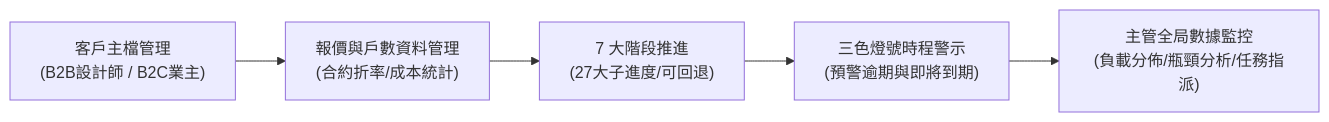
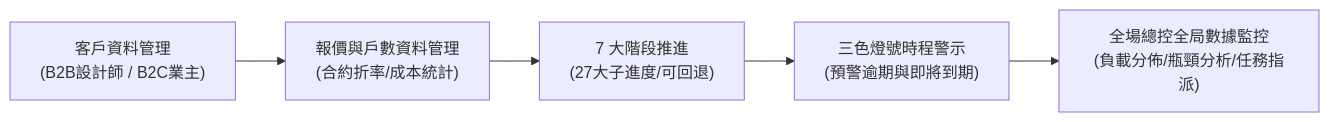
The diagram in docs/平台介紹_向總公司主管簡報報告.md (rwcabinet-lab/RW_CabSalesProject), drawn with Mermaid before and after one commit. The commit also changed other lines of this file and 25 other files, not shown here.

````diff
--- a/docs/平台介紹_向總公司主管簡報報告.md
+++ b/docs/平台介紹_向總公司主管簡報報告.md
@@ -31,7 +31,7 @@
 ```mermaid
 flowchart LR
-    A["客戶主檔管理<br/>(B2B設計師 / B2C業主)"] --> B["報價與戶數資料管理<br/>(合約折率/成本統計)"]
+    A["客戶資料管理<br/>(B2B設計師 / B2C業主)"] --> B["報價與戶數資料管理<br/>(合約折率/成本統計)"]
     B --> C["7 大階段推進<br/>(27大子進度/可回退)"]
     C --> D["三色燈號時程警示<br/>(預警逾期與即將到期)"]
-    D --> E["主管全局數據監控<br/>(負載分佈/瓶頸分析/任務指派)"]
+    D --> E["全場總控全局數據監控<br/>(負載分佈/瓶頸分析/任務指派)"]
 ```
````
